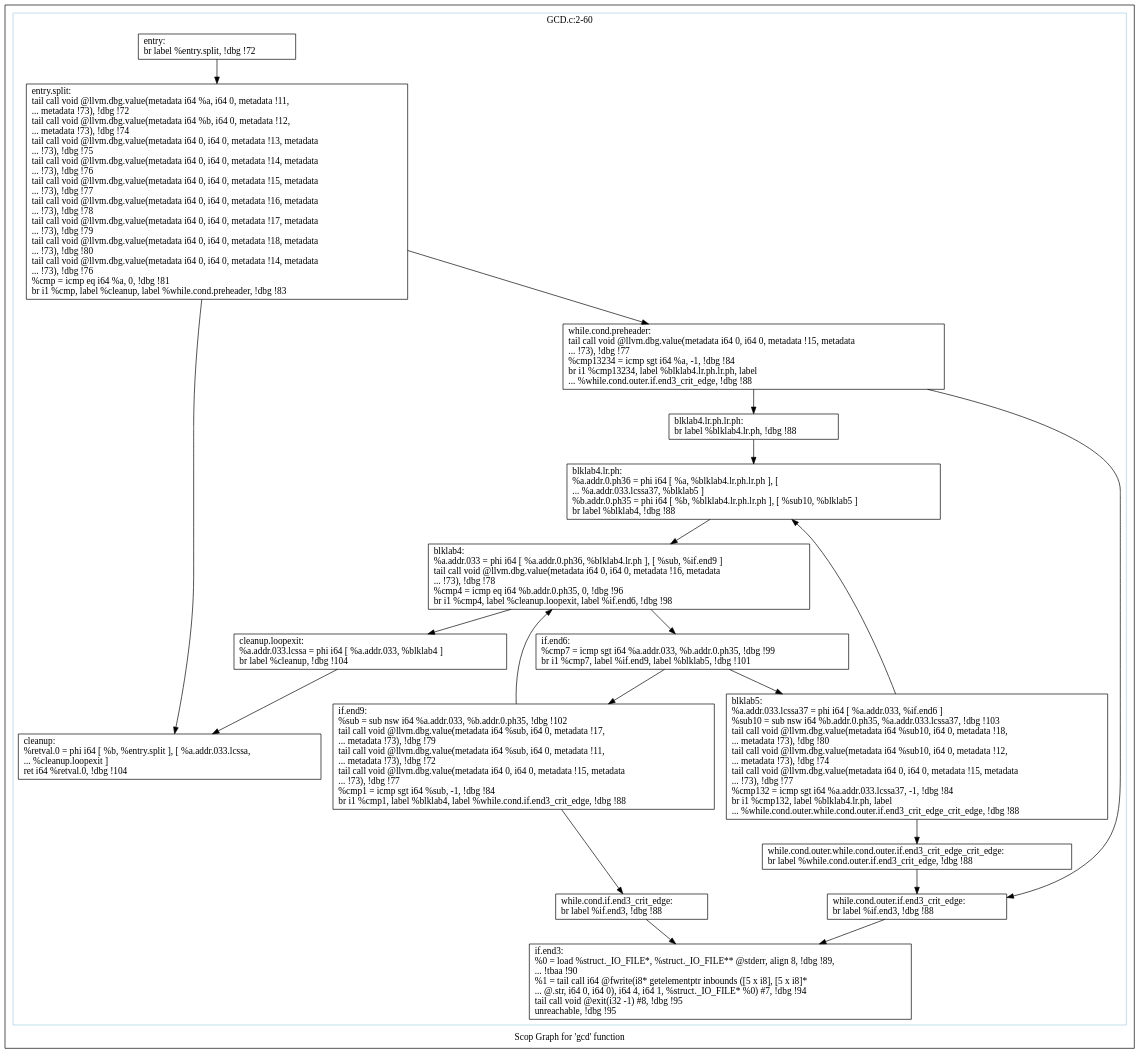
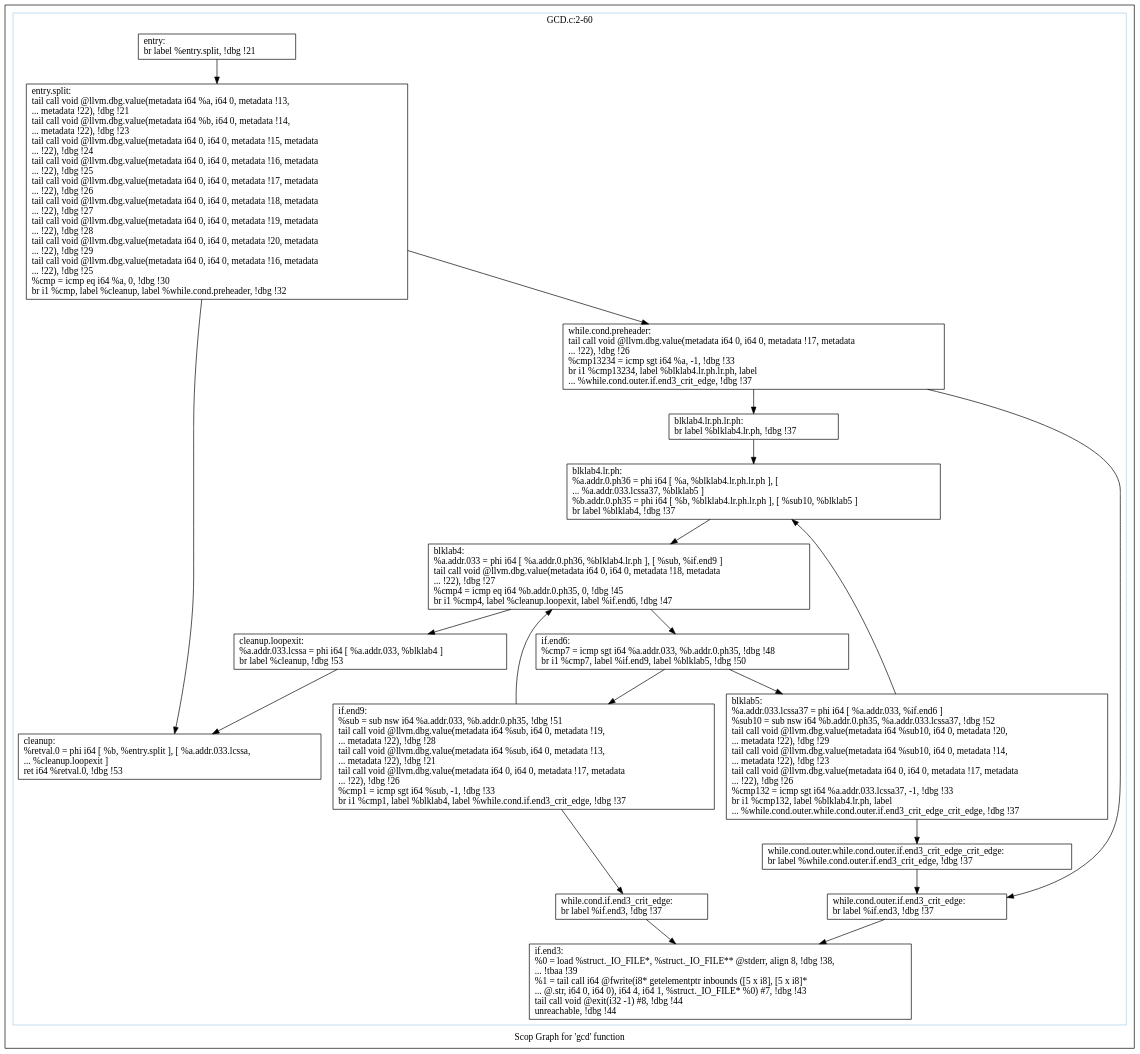
The diagram in polly/GCD/impl/autogenerate/dot/scops.gcd.dot (samminweng/WhileyOpenCL), drawn with Graphviz before and after one commit. The commit also changed 394 other files, not shown here.

```diff
--- a/polly/GCD/impl/autogenerate/dot/scops.gcd.dot
+++ b/polly/GCD/impl/autogenerate/dot/scops.gcd.dot
@@ -1,60 +1,60 @@
 digraph "Scop Graph for 'gcd' function" {
 	label="Scop Graph for 'gcd' function";
 
-	Node0x92b6070 [shape=record,label="{entry:\l  br label %entry.split, !dbg !72\l}"];
-	Node0x92b6070 -> Node0x92c1430;
-	Node0x92c1430 [shape=record,label="{entry.split:                                      \l  tail call void @llvm.dbg.value(metadata i64 %a, i64 0, metadata !11,\l... metadata !73), !dbg !72\l  tail call void @llvm.dbg.value(metadata i64 %b, i64 0, metadata !12,\l... metadata !73), !dbg !74\l  tail call void @llvm.dbg.value(metadata i64 0, i64 0, metadata !13, metadata\l... !73), !dbg !75\l  tail call void @llvm.dbg.value(metadata i64 0, i64 0, metadata !14, metadata\l... !73), !dbg !76\l  tail call void @llvm.dbg.value(metadata i64 0, i64 0, metadata !15, metadata\l... !73), !dbg !77\l  tail call void @llvm.dbg.value(metadata i64 0, i64 0, metadata !16, metadata\l... !73), !dbg !78\l  tail call void @llvm.dbg.value(metadata i64 0, i64 0, metadata !17, metadata\l... !73), !dbg !79\l  tail call void @llvm.dbg.value(metadata i64 0, i64 0, metadata !18, metadata\l... !73), !dbg !80\l  tail call void @llvm.dbg.value(metadata i64 0, i64 0, metadata !14, metadata\l... !73), !dbg !76\l  %cmp = icmp eq i64 %a, 0, !dbg !81\l  br i1 %cmp, label %cleanup, label %while.cond.preheader, !dbg !83\l}"];
-	Node0x92c1430 -> Node0x92bdf70;
-	Node0x92c1430 -> Node0x92a29a0;
-	Node0x92bdf70 [shape=record,label="{cleanup:                                          \l  %retval.0 = phi i64 [ %b, %entry.split ], [ %a.addr.033.lcssa,\l... %cleanup.loopexit ]\l  ret i64 %retval.0, !dbg !104\l}"];
-	Node0x92a29a0 [shape=record,label="{while.cond.preheader:                             \l  tail call void @llvm.dbg.value(metadata i64 0, i64 0, metadata !15, metadata\l... !73), !dbg !77\l  %cmp13234 = icmp sgt i64 %a, -1, !dbg !84\l  br i1 %cmp13234, label %blklab4.lr.ph.lr.ph, label\l... %while.cond.outer.if.end3_crit_edge, !dbg !88\l}"];
-	Node0x92a29a0 -> Node0x938b5d0;
-	Node0x92a29a0 -> Node0x92d1c30;
-	Node0x938b5d0 [shape=record,label="{blklab4.lr.ph.lr.ph:                              \l  br label %blklab4.lr.ph, !dbg !88\l}"];
-	Node0x938b5d0 -> Node0x92b2be0;
-	Node0x92b2be0 [shape=record,label="{blklab4.lr.ph:                                    \l  %a.addr.0.ph36 = phi i64 [ %a, %blklab4.lr.ph.lr.ph ], [\l... %a.addr.033.lcssa37, %blklab5 ]\l  %b.addr.0.ph35 = phi i64 [ %b, %blklab4.lr.ph.lr.ph ], [ %sub10, %blklab5 ]\l  br label %blklab4, !dbg !88\l}"];
-	Node0x92b2be0 -> Node0x92ba240;
-	Node0x92ba240 [shape=record,label="{blklab4:                                          \l  %a.addr.033 = phi i64 [ %a.addr.0.ph36, %blklab4.lr.ph ], [ %sub, %if.end9 ]\l  tail call void @llvm.dbg.value(metadata i64 0, i64 0, metadata !16, metadata\l... !73), !dbg !78\l  %cmp4 = icmp eq i64 %b.addr.0.ph35, 0, !dbg !96\l  br i1 %cmp4, label %cleanup.loopexit, label %if.end6, !dbg !98\l}"];
-	Node0x92ba240 -> Node0x92c3ac0;
-	Node0x92ba240 -> Node0x92c96f0;
-	Node0x92c3ac0 [shape=record,label="{cleanup.loopexit:                                 \l  %a.addr.033.lcssa = phi i64 [ %a.addr.033, %blklab4 ]\l  br label %cleanup, !dbg !104\l}"];
-	Node0x92c3ac0 -> Node0x92bdf70;
-	Node0x92c96f0 [shape=record,label="{if.end6:                                          \l  %cmp7 = icmp sgt i64 %a.addr.033, %b.addr.0.ph35, !dbg !99\l  br i1 %cmp7, label %if.end9, label %blklab5, !dbg !101\l}"];
-	Node0x92c96f0 -> Node0x92ca090;
-	Node0x92c96f0 -> Node0x92da7a0;
-	Node0x92ca090 [shape=record,label="{if.end9:                                          \l  %sub = sub nsw i64 %a.addr.033, %b.addr.0.ph35, !dbg !102\l  tail call void @llvm.dbg.value(metadata i64 %sub, i64 0, metadata !17,\l... metadata !73), !dbg !79\l  tail call void @llvm.dbg.value(metadata i64 %sub, i64 0, metadata !11,\l... metadata !73), !dbg !72\l  tail call void @llvm.dbg.value(metadata i64 0, i64 0, metadata !15, metadata\l... !73), !dbg !77\l  %cmp1 = icmp sgt i64 %sub, -1, !dbg !84\l  br i1 %cmp1, label %blklab4, label %while.cond.if.end3_crit_edge, !dbg !88\l}"];
-	Node0x92ca090 -> Node0x92ba240;
-	Node0x92ca090 -> Node0x92c9c60;
-	Node0x92c9c60 [shape=record,label="{while.cond.if.end3_crit_edge:                     \l  br label %if.end3, !dbg !88\l}"];
-	Node0x92c9c60 -> Node0x92bd6e0;
-	Node0x92bd6e0 [shape=record,label="{if.end3:                                          \l  %0 = load %struct._IO_FILE*, %struct._IO_FILE** @stderr, align 8, !dbg !89,\l... !tbaa !90\l  %1 = tail call i64 @fwrite(i8* getelementptr inbounds ([5 x i8], [5 x i8]*\l... @.str, i64 0, i64 0), i64 4, i64 1, %struct._IO_FILE* %0) #7, !dbg !94\l  tail call void @exit(i32 -1) #8, !dbg !95\l  unreachable, !dbg !95\l}"];
-	Node0x92da7a0 [shape=record,label="{blklab5:                                          \l  %a.addr.033.lcssa37 = phi i64 [ %a.addr.033, %if.end6 ]\l  %sub10 = sub nsw i64 %b.addr.0.ph35, %a.addr.033.lcssa37, !dbg !103\l  tail call void @llvm.dbg.value(metadata i64 %sub10, i64 0, metadata !18,\l... metadata !73), !dbg !80\l  tail call void @llvm.dbg.value(metadata i64 %sub10, i64 0, metadata !12,\l... metadata !73), !dbg !74\l  tail call void @llvm.dbg.value(metadata i64 0, i64 0, metadata !15, metadata\l... !73), !dbg !77\l  %cmp132 = icmp sgt i64 %a.addr.033.lcssa37, -1, !dbg !84\l  br i1 %cmp132, label %blklab4.lr.ph, label\l... %while.cond.outer.while.cond.outer.if.end3_crit_edge_crit_edge, !dbg !88\l}"];
-	Node0x92da7a0 -> Node0x92b2be0;
-	Node0x92da7a0 -> Node0x92bb1a0;
-	Node0x92bb1a0 [shape=record,label="{while.cond.outer.while.cond.outer.if.end3_crit_edge_crit_edge: \l  br label %while.cond.outer.if.end3_crit_edge, !dbg !88\l}"];
-	Node0x92bb1a0 -> Node0x92d1c30;
-	Node0x92d1c30 [shape=record,label="{while.cond.outer.if.end3_crit_edge:               \l  br label %if.end3, !dbg !88\l}"];
-	Node0x92d1c30 -> Node0x92bd6e0;
+	Node0x9892230 [shape=record,label="{entry:\l  br label %entry.split, !dbg !21\l}"];
+	Node0x9892230 -> Node0x988a230;
+	Node0x988a230 [shape=record,label="{entry.split:                                      \l  tail call void @llvm.dbg.value(metadata i64 %a, i64 0, metadata !13,\l... metadata !22), !dbg !21\l  tail call void @llvm.dbg.value(metadata i64 %b, i64 0, metadata !14,\l... metadata !22), !dbg !23\l  tail call void @llvm.dbg.value(metadata i64 0, i64 0, metadata !15, metadata\l... !22), !dbg !24\l  tail call void @llvm.dbg.value(metadata i64 0, i64 0, metadata !16, metadata\l... !22), !dbg !25\l  tail call void @llvm.dbg.value(metadata i64 0, i64 0, metadata !17, metadata\l... !22), !dbg !26\l  tail call void @llvm.dbg.value(metadata i64 0, i64 0, metadata !18, metadata\l... !22), !dbg !27\l  tail call void @llvm.dbg.value(metadata i64 0, i64 0, metadata !19, metadata\l... !22), !dbg !28\l  tail call void @llvm.dbg.value(metadata i64 0, i64 0, metadata !20, metadata\l... !22), !dbg !29\l  tail call void @llvm.dbg.value(metadata i64 0, i64 0, metadata !16, metadata\l... !22), !dbg !25\l  %cmp = icmp eq i64 %a, 0, !dbg !30\l  br i1 %cmp, label %cleanup, label %while.cond.preheader, !dbg !32\l}"];
+	Node0x988a230 -> Node0x9865250;
+	Node0x988a230 -> Node0x9887ab0;
+	Node0x9865250 [shape=record,label="{cleanup:                                          \l  %retval.0 = phi i64 [ %b, %entry.split ], [ %a.addr.033.lcssa,\l... %cleanup.loopexit ]\l  ret i64 %retval.0, !dbg !53\l}"];
+	Node0x9887ab0 [shape=record,label="{while.cond.preheader:                             \l  tail call void @llvm.dbg.value(metadata i64 0, i64 0, metadata !17, metadata\l... !22), !dbg !26\l  %cmp13234 = icmp sgt i64 %a, -1, !dbg !33\l  br i1 %cmp13234, label %blklab4.lr.ph.lr.ph, label\l... %while.cond.outer.if.end3_crit_edge, !dbg !37\l}"];
+	Node0x9887ab0 -> Node0x986bac0;
+	Node0x9887ab0 -> Node0x98690a0;
+	Node0x986bac0 [shape=record,label="{blklab4.lr.ph.lr.ph:                              \l  br label %blklab4.lr.ph, !dbg !37\l}"];
+	Node0x986bac0 -> Node0x9891fd0;
+	Node0x9891fd0 [shape=record,label="{blklab4.lr.ph:                                    \l  %a.addr.0.ph36 = phi i64 [ %a, %blklab4.lr.ph.lr.ph ], [\l... %a.addr.033.lcssa37, %blklab5 ]\l  %b.addr.0.ph35 = phi i64 [ %b, %blklab4.lr.ph.lr.ph ], [ %sub10, %blklab5 ]\l  br label %blklab4, !dbg !37\l}"];
+	Node0x9891fd0 -> Node0x992e020;
+	Node0x992e020 [shape=record,label="{blklab4:                                          \l  %a.addr.033 = phi i64 [ %a.addr.0.ph36, %blklab4.lr.ph ], [ %sub, %if.end9 ]\l  tail call void @llvm.dbg.value(metadata i64 0, i64 0, metadata !18, metadata\l... !22), !dbg !27\l  %cmp4 = icmp eq i64 %b.addr.0.ph35, 0, !dbg !45\l  br i1 %cmp4, label %cleanup.loopexit, label %if.end6, !dbg !47\l}"];
+	Node0x992e020 -> Node0x9897860;
+	Node0x992e020 -> Node0x9894030;
+	Node0x9897860 [shape=record,label="{cleanup.loopexit:                                 \l  %a.addr.033.lcssa = phi i64 [ %a.addr.033, %blklab4 ]\l  br label %cleanup, !dbg !53\l}"];
+	Node0x9897860 -> Node0x9865250;
+	Node0x9894030 [shape=record,label="{if.end6:                                          \l  %cmp7 = icmp sgt i64 %a.addr.033, %b.addr.0.ph35, !dbg !48\l  br i1 %cmp7, label %if.end9, label %blklab5, !dbg !50\l}"];
+	Node0x9894030 -> Node0x96e2760;
+	Node0x9894030 -> Node0x9752e10;
+	Node0x96e2760 [shape=record,label="{if.end9:                                          \l  %sub = sub nsw i64 %a.addr.033, %b.addr.0.ph35, !dbg !51\l  tail call void @llvm.dbg.value(metadata i64 %sub, i64 0, metadata !19,\l... metadata !22), !dbg !28\l  tail call void @llvm.dbg.value(metadata i64 %sub, i64 0, metadata !13,\l... metadata !22), !dbg !21\l  tail call void @llvm.dbg.value(metadata i64 0, i64 0, metadata !17, metadata\l... !22), !dbg !26\l  %cmp1 = icmp sgt i64 %sub, -1, !dbg !33\l  br i1 %cmp1, label %blklab4, label %while.cond.if.end3_crit_edge, !dbg !37\l}"];
+	Node0x96e2760 -> Node0x992e020;
+	Node0x96e2760 -> Node0x9892a50;
+	Node0x9892a50 [shape=record,label="{while.cond.if.end3_crit_edge:                     \l  br label %if.end3, !dbg !37\l}"];
+	Node0x9892a50 -> Node0x9860e20;
+	Node0x9860e20 [shape=record,label="{if.end3:                                          \l  %0 = load %struct._IO_FILE*, %struct._IO_FILE** @stderr, align 8, !dbg !38,\l... !tbaa !39\l  %1 = tail call i64 @fwrite(i8* getelementptr inbounds ([5 x i8], [5 x i8]*\l... @.str, i64 0, i64 0), i64 4, i64 1, %struct._IO_FILE* %0) #7, !dbg !43\l  tail call void @exit(i32 -1) #8, !dbg !44\l  unreachable, !dbg !44\l}"];
+	Node0x9752e10 [shape=record,label="{blklab5:                                          \l  %a.addr.033.lcssa37 = phi i64 [ %a.addr.033, %if.end6 ]\l  %sub10 = sub nsw i64 %b.addr.0.ph35, %a.addr.033.lcssa37, !dbg !52\l  tail call void @llvm.dbg.value(metadata i64 %sub10, i64 0, metadata !20,\l... metadata !22), !dbg !29\l  tail call void @llvm.dbg.value(metadata i64 %sub10, i64 0, metadata !14,\l... metadata !22), !dbg !23\l  tail call void @llvm.dbg.value(metadata i64 0, i64 0, metadata !17, metadata\l... !22), !dbg !26\l  %cmp132 = icmp sgt i64 %a.addr.033.lcssa37, -1, !dbg !33\l  br i1 %cmp132, label %blklab4.lr.ph, label\l... %while.cond.outer.while.cond.outer.if.end3_crit_edge_crit_edge, !dbg !37\l}"];
+	Node0x9752e10 -> Node0x9891fd0;
+	Node0x9752e10 -> Node0x988b750;
+	Node0x988b750 [shape=record,label="{while.cond.outer.while.cond.outer.if.end3_crit_edge_crit_edge: \l  br label %while.cond.outer.if.end3_crit_edge, !dbg !37\l}"];
+	Node0x988b750 -> Node0x98690a0;
+	Node0x98690a0 [shape=record,label="{while.cond.outer.if.end3_crit_edge:               \l  br label %if.end3, !dbg !37\l}"];
+	Node0x98690a0 -> Node0x9860e20;
 	colorscheme = "paired12"
-        subgraph cluster_0x92cb850 {
+        subgraph cluster_0x988ac90 {
           label = "GCD.c:2-60
 ";
           style = solid;
           color = 1
-          Node0x92b6070;
-          Node0x92c1430;
-          Node0x92bdf70;
-          Node0x92a29a0;
-          Node0x938b5d0;
-          Node0x92b2be0;
-          Node0x92ba240;
-          Node0x92c3ac0;
-          Node0x92c96f0;
-          Node0x92ca090;
-          Node0x92c9c60;
-          Node0x92bd6e0;
-          Node0x92da7a0;
-          Node0x92bb1a0;
-          Node0x92d1c30;
+          Node0x9892230;
+          Node0x988a230;
+          Node0x9865250;
+          Node0x9887ab0;
+          Node0x986bac0;
+          Node0x9891fd0;
+          Node0x992e020;
+          Node0x9897860;
+          Node0x9894030;
+          Node0x96e2760;
+          Node0x9892a50;
+          Node0x9860e20;
+          Node0x9752e10;
+          Node0x988b750;
+          Node0x98690a0;
         }
 }
```
